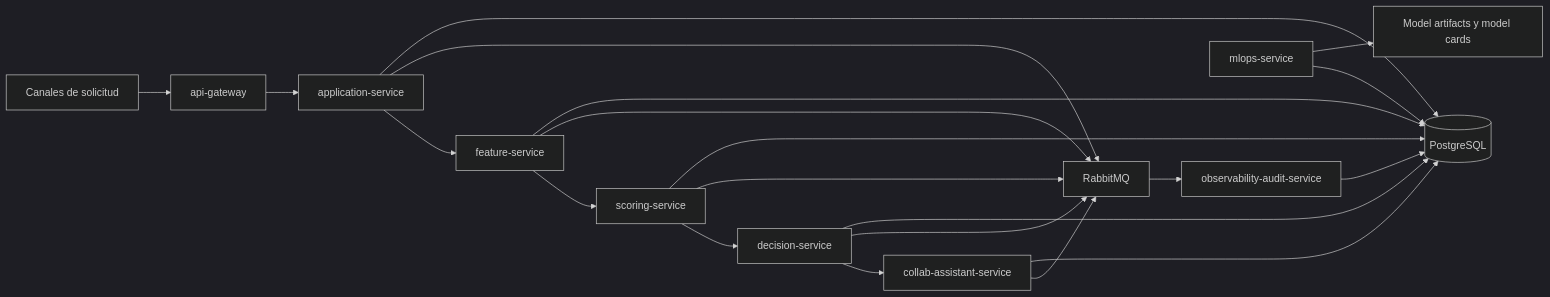
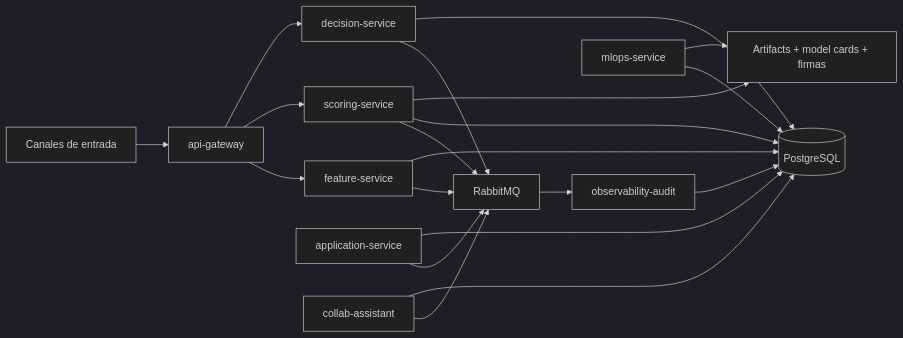
Before and after one commit to JuanPabloGaviria/credit-ai-ops-platform-: the second of 2 diagrams in README.md, drawn with Mermaid (dark theme). The commit also changed other lines of this file, not shown here.

````diff
--- a/README.md
+++ b/README.md
@@ -43,26 +98,25 @@
 ```mermaid
 flowchart LR
-  Channel[Canales de solicitud] --> Gateway[api-gateway]
-  Gateway --> Application[application-service]
-  Application --> Feature[feature-service]
-  Feature --> Scoring[scoring-service]
-  Scoring --> Decision[decision-service]
-  Decision --> Assistant[collab-assistant-service]
+  Channel["Canales de entrada"] --> Gateway["api-gateway"]
+  Gateway --> Feature["feature-service"]
+  Gateway --> Scoring["scoring-service"]
+  Gateway --> Decision["decision-service"]
 
-  Application --> Bus[RabbitMQ]
+  Application["application-service"] --> Bus["RabbitMQ"]
   Feature --> Bus
   Scoring --> Bus
   Decision --> Bus
-  Assistant --> Bus
-  Bus --> Audit[observability-audit-service]
+  Assistant["collab-assistant"] --> Bus
+  Bus --> Audit["observability-audit"]
 
   Application --> Postgres[(PostgreSQL)]
   Feature --> Postgres
   Scoring --> Postgres
   Decision --> Postgres
   Assistant --> Postgres
   Audit --> Postgres
 
-  MLOps[mlops-service] --> Postgres
-  MLOps --> Artifacts[Model artifacts y model cards]
+  MLOps["mlops-service"] --> Postgres
+  MLOps --> Artifacts["Artifacts + model cards + firmas"]
+  Scoring --> Artifacts
 ```
````
